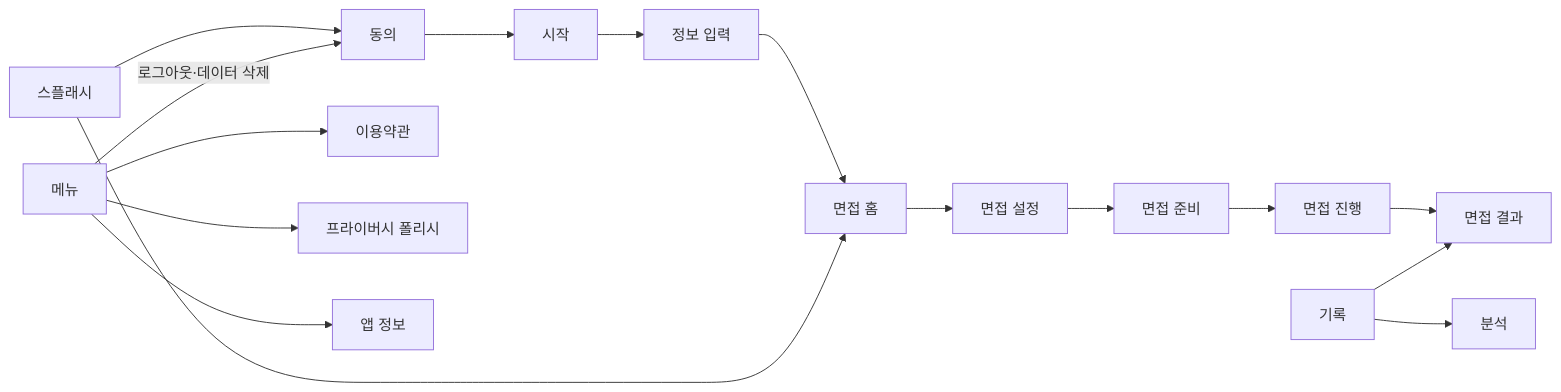
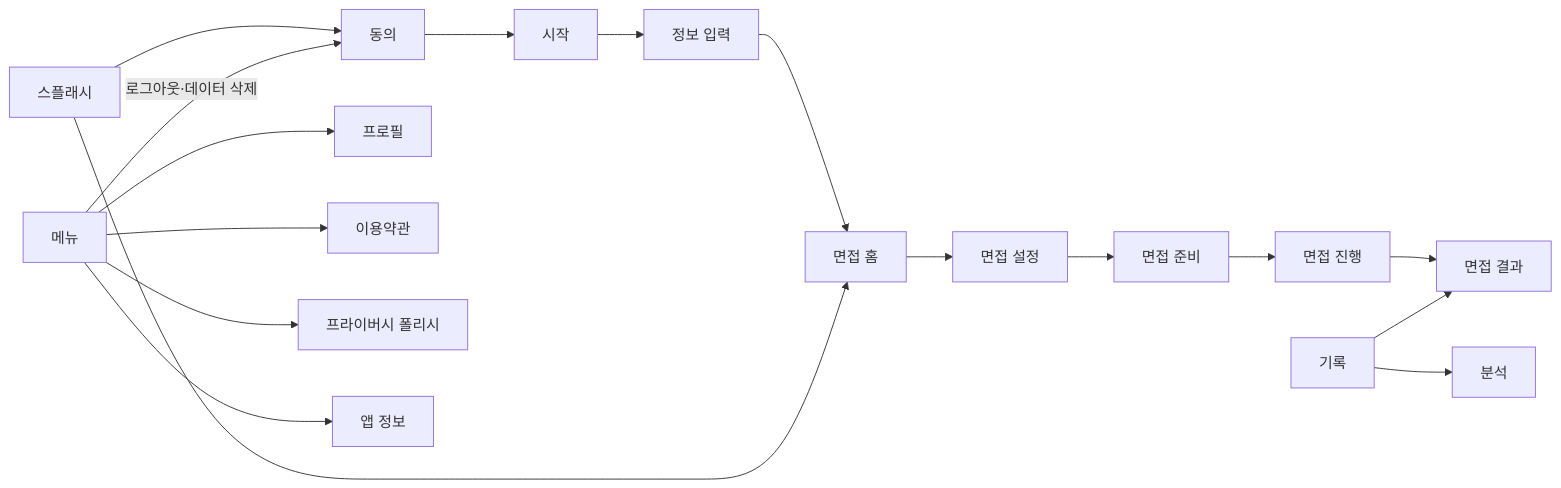
The diagram in docs/ui-design/SITE_MAP.md (znak99/JEC-FirstStepToCareer), drawn with Mermaid before and after one commit. The commit also changed other lines of this file and 14 other files, not shown here.

````diff
--- a/docs/ui-design/SITE_MAP.md
+++ b/docs/ui-design/SITE_MAP.md
@@ -53,12 +55,13 @@
 ```mermaid
 flowchart LR
   S13[스플래시] --> S14[동의] --> S00[시작] --> S15[정보 입력] --> S01[면접 홈]
   S13 --> S01
   S01 --> S02[면접 설정] --> S03[면접 준비] --> S04[면접 진행] --> S05[면접 결과]
   S08[기록] --> S05
   S08 --> S12[분석]
-  S09[메뉴] --> S16[이용약관]
+  S09[메뉴] --> S17[프로필]
+  S09 --> S16[이용약관]
   S09 --> S10[프라이버시 폴리시]
   S09 --> S11[앱 정보]
   S09 -- 로그아웃·데이터 삭제 --> S14
 ```
````
